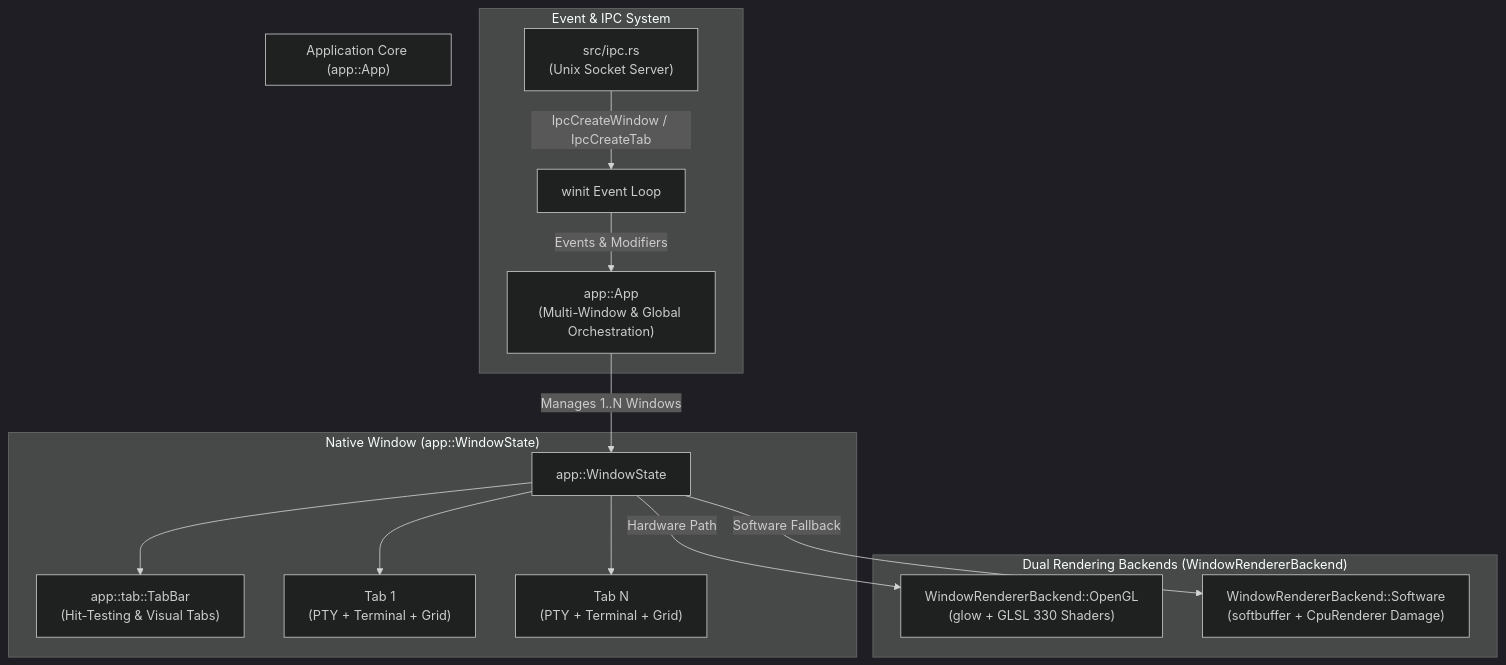
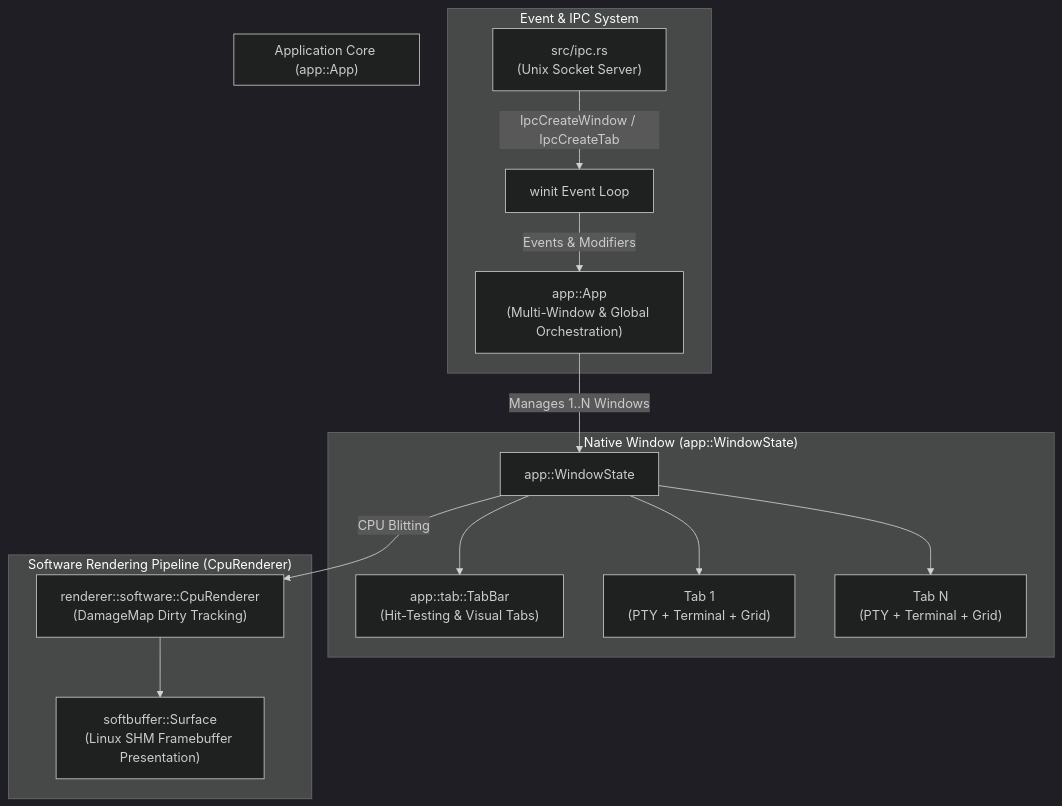
The first of 3 diagrams in docs/ARCHITECTURE.md (lnoxsian/Velox), drawn with Mermaid (dark theme) before and after one commit. The commit also changed other lines of this file and 25 other files, not shown here.

Commit message:
feat: port to change to pure software rendering no need for fancy gpu acceleration

````diff
--- a/docs/ARCHITECTURE.md
+++ b/docs/ARCHITECTURE.md
@@ -21,32 +21,32 @@
 ```mermaid
 flowchart TD
     subgraph EventSystem["Event & IPC System"]
         Winit["winit Event Loop"]
         IPC["src/ipc.rs<br/>(Unix Socket Server)"]
         Winit -->|Events & Modifiers| App
         IPC -->|IpcCreateWindow / IpcCreateTab| Winit
     end
 
     subgraph AppCore["Application Core (app::App)"]
         App["app::App<br/>(Multi-Window & Global Orchestration)"]
     end
 
     subgraph WindowInstance["Native Window (app::WindowState)"]
         WS["app::WindowState"]
         TabBar["app::tab::TabBar<br/>(Hit-Testing & Visual Tabs)"]
         Tab1["Tab 1<br/>(PTY + Terminal + Grid)"]
         TabN["Tab N<br/>(PTY + Terminal + Grid)"]
         WS --> TabBar
         WS --> Tab1
         WS --> TabN
     end
 
-    subgraph DualBackends["Dual Rendering Backends (WindowRendererBackend)"]
-        GLBackend["WindowRendererBackend::OpenGL<br/>(glow + GLSL 330 Shaders)"]
-        SoftBackend["WindowRendererBackend::Software<br/>(softbuffer + CpuRenderer Damage)"]
+    subgraph SoftwareRendering["Software Rendering Pipeline (CpuRenderer)"]
+        SoftRenderer["renderer::software::CpuRenderer<br/>(DamageMap Dirty Tracking)"]
+        SoftSurface["softbuffer::Surface<br/>(Linux SHM Framebuffer Presentation)"]
+        SoftRenderer --> SoftSurface
     end
 
     App -->|Manages 1..N Windows| WS
-    WS -->|Hardware Path| GLBackend
-    WS -->|Software Fallback| SoftBackend
+    WS -->|CPU Blitting| SoftRenderer
 ```
````
